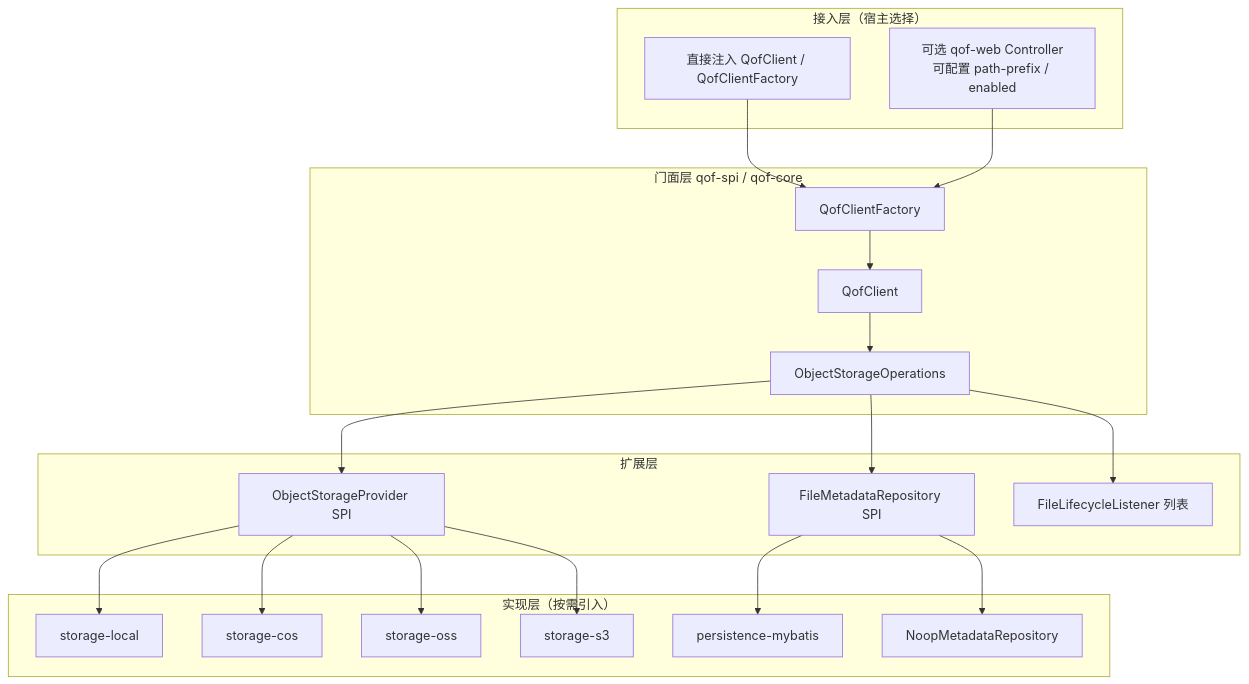
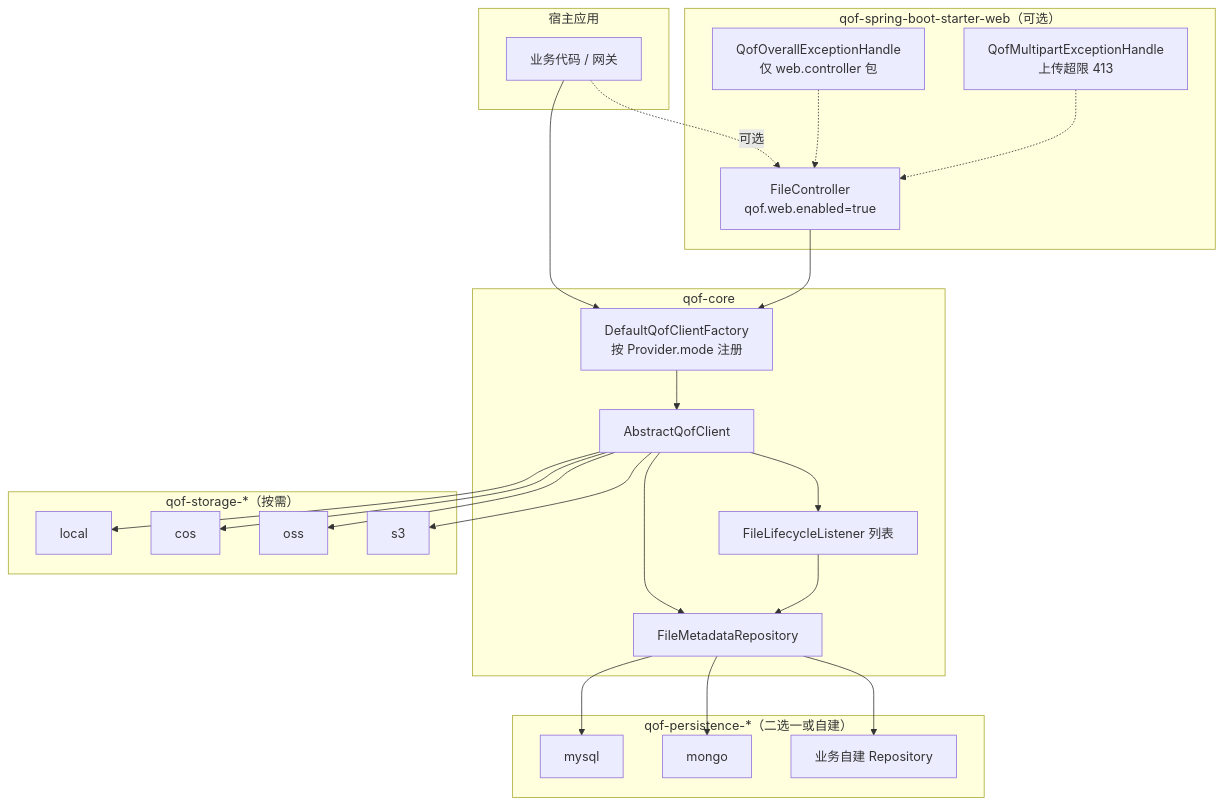
The diagram in docs/架构优化方案.md (codeyunze/qof-spring-boot-starter), drawn with Mermaid before and after one commit. The commit also changed other lines of this file and 3 other files, not shown here.

````diff
--- a/docs/架构优化方案.md
+++ b/docs/架构优化方案.md
@@ -181,35 +85,41 @@
 ```mermaid
 flowchart TB
-  subgraph integration["接入层（宿主选择）"]
-    SDK[直接注入 QofClient / QofClientFactory]
-    HTTP[可选 qof-web Controller<br/>可配置 path-prefix / enabled]
+  subgraph host["宿主应用"]
+    App[业务代码 / 网关]
   end
-  subgraph facade["门面层 qof-spi / qof-core"]
-    Factory[QofClientFactory]
-    Client[QofClient]
-    Ops[ObjectStorageOperations]
+  subgraph web["qof-spring-boot-starter-web（可选）"]
+    FC["FileController<br/>qof.web.enabled=true"]
+    Advice["QofOverallExceptionHandle<br/>仅 web.controller 包"]
+    Multipart["QofMultipartExceptionHandle<br/>上传超限 413"]
   end
-  subgraph spi["扩展层"]
-    Provider[ObjectStorageProvider SPI]
-    Meta[FileMetadataRepository SPI]
+  subgraph core["qof-core"]
+    Factory["DefaultQofClientFactory<br/>按 Provider.mode 注册"]
+    Client[AbstractQofClient]
     Listeners[FileLifecycleListener 列表]
+    MetaSPI[FileMetadataRepository]
   end
-  subgraph impl["实现层（按需引入）"]
-    Local[storage-local]
-    Cos[storage-cos]
-    Oss[storage-oss]
-    S3[storage-s3]
-    Mybatis[persistence-mybatis]
-    Noop[NoopMetadataRepository]
+  subgraph storage["qof-storage-*（按需）"]
+    Local[local]
+    Cos[cos]
+    Oss[oss]
+    S3[s3]
   end
-  SDK --> Factory
-  HTTP --> Factory
+  subgraph persist["qof-persistence-*（二选一或自建）"]
+    Mysql[mysql]
+    Mongo[mongo]
+    Custom[业务自建 Repository]
+  end
+  App --> Factory
+  App -.->|可选| FC
+  FC --> Factory
   Factory --> Client
-  Client --> Ops
-  Ops --> Provider
-  Ops --> Meta
-  Ops --> Listeners
-  Provider --> Local & Cos & Oss & S3
-  Meta --> Mybatis
-  Meta --> Noop
+  Client --> Listeners
+  Client --> MetaSPI
+  Client --> Local & Cos & Oss & S3
+  Listeners --> MetaSPI
+  MetaSPI --> Mysql
+  MetaSPI --> Mongo
+  MetaSPI --> Custom
+  Advice -.-> FC
+  Multipart -.-> FC
 ```
````
